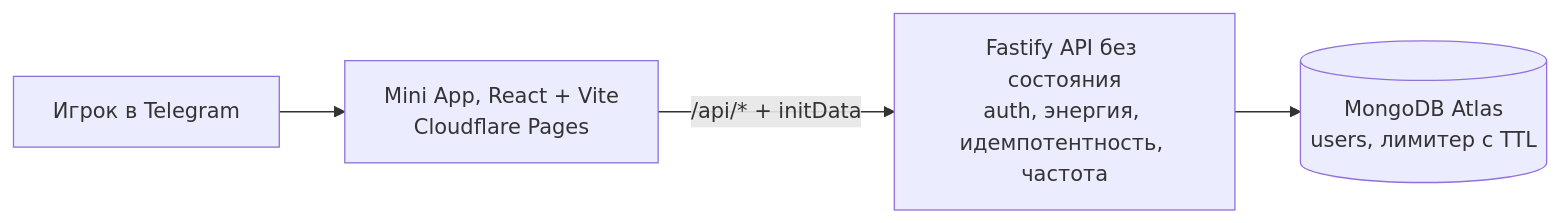
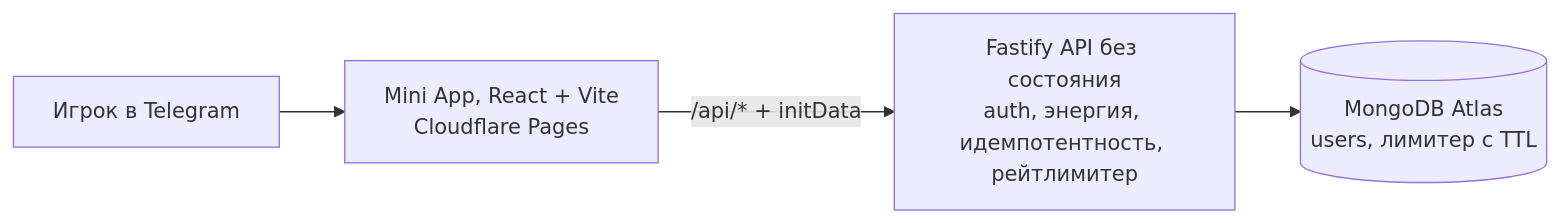
Before and after one commit to dgtpizza/taptap: the first of 2 diagrams in README.md, drawn with Mermaid. The commit also changed other lines of this file and 2 other files, not shown here.

````diff
--- a/README.md
+++ b/README.md
@@ -21,6 +33,6 @@
 ```mermaid
 flowchart LR
   U[Игрок в Telegram] --> MA["Mini App, React + Vite<br/>Cloudflare Pages"]
-  MA -->|"/api/* + initData"| API["Fastify API без состояния<br/>auth, энергия, идемпотентность, частота"]
+  MA -->|"/api/* + initData"| API["Fastify API без состояния<br/>auth, энергия, идемпотентность, рейтлимитер"]
   API --> DB[("MongoDB Atlas<br/>users, лимитер с TTL")]
 ```
````
